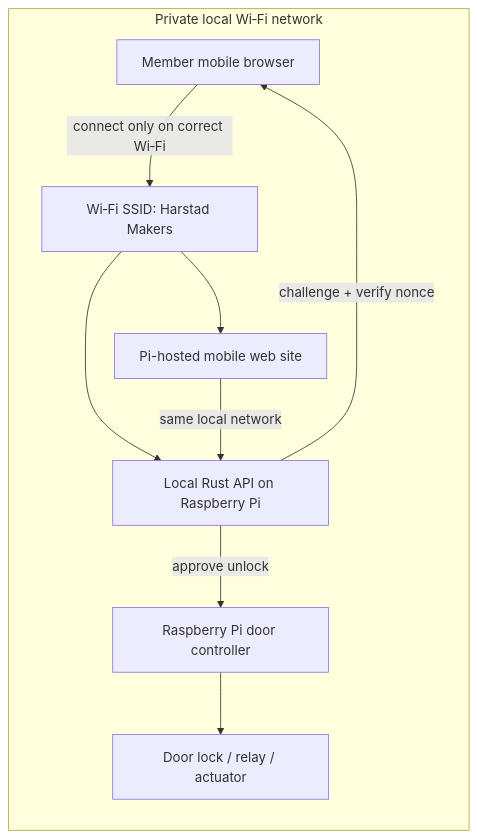
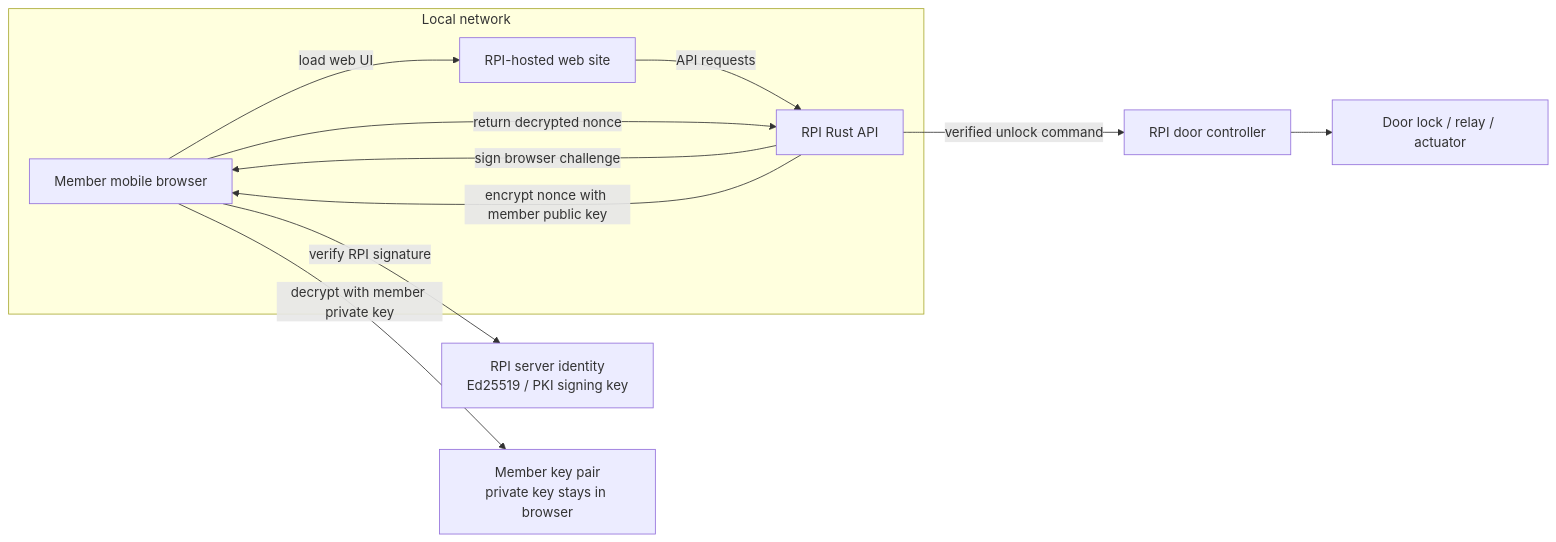
One commit to tplive/harstadmakers changed the first of 6 diagrams in architecture-diagrams.md. Above: the diagram before and after it, drawn with Mermaid. The commit also changed other lines of this file, not shown here.

Commit message:
Oppdatere arkitekturdiagram

````diff
--- a/architecture-diagrams.md
+++ b/architecture-diagrams.md
@@ -5,19 +5,23 @@
 ```mermaid
 flowchart LR
-    subgraph PrivateLAN[Private local Wi‑Fi network]
+    subgraph LocalNetwork[Local network]
         Mobile[Member mobile browser]
-        PiSite[Pi-hosted mobile web site]
-        API[Local Rust API on Raspberry Pi]
-        Pi[Raspberry Pi door controller]
-        Lock[Door lock / relay / actuator]
-        WiFi[Wi‑Fi SSID: Harstad Makers]
+        PiSite[RPI-hosted web site]
+        API[RPI Rust API]
     end
 
-    Mobile -->|connect only on correct Wi‑Fi| WiFi
-    WiFi --> PiSite
-    WiFi --> API
-    PiSite -->|same local network| API
-    API -->|challenge + verify nonce| Mobile
-    API -->|approve unlock| Pi
-    Pi --> Lock
+    RPI[RPI server identity<br/>Ed25519 / PKI signing key]
+    MemberKey[Member key pair<br/>private key stays in browser]
+    Door[RPI door controller]
+    Lock[Door lock / relay / actuator]
+
+    Mobile -->|load web UI| PiSite
+    PiSite -->|API requests| API
+    API -->|sign browser challenge| Mobile
+    Mobile -->|verify RPI signature| RPI
+    API -->|encrypt nonce with member public key| Mobile
+    Mobile -->|decrypt with member private key| MemberKey
+    Mobile -->|return decrypted nonce| API
+    API -->|verified unlock command| Door
+    Door --> Lock
 ```
````
